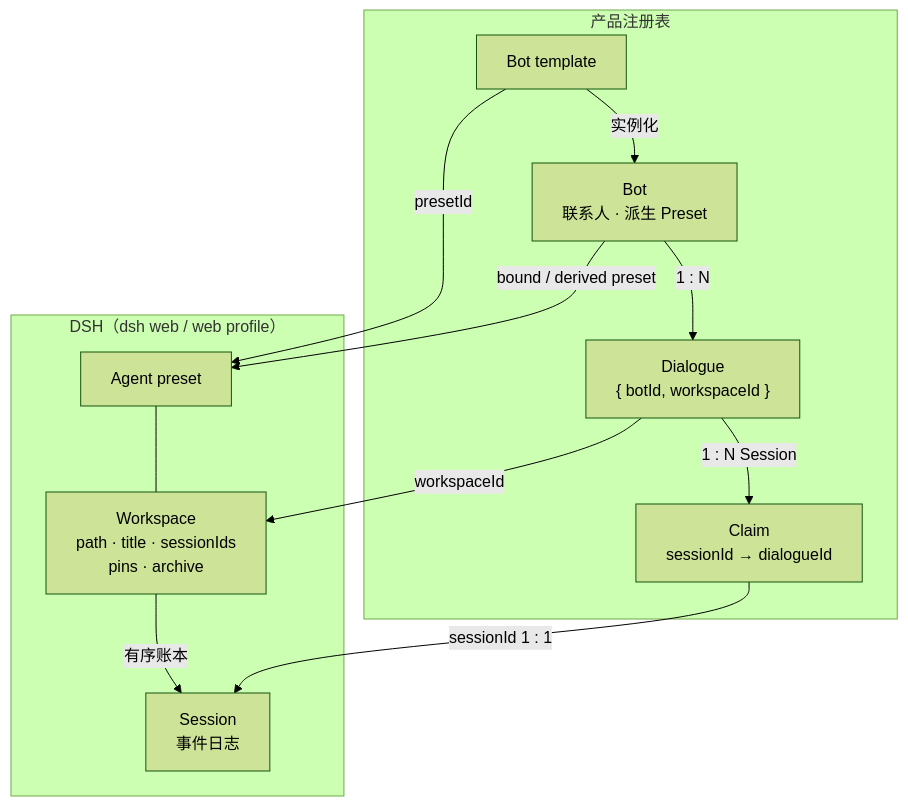
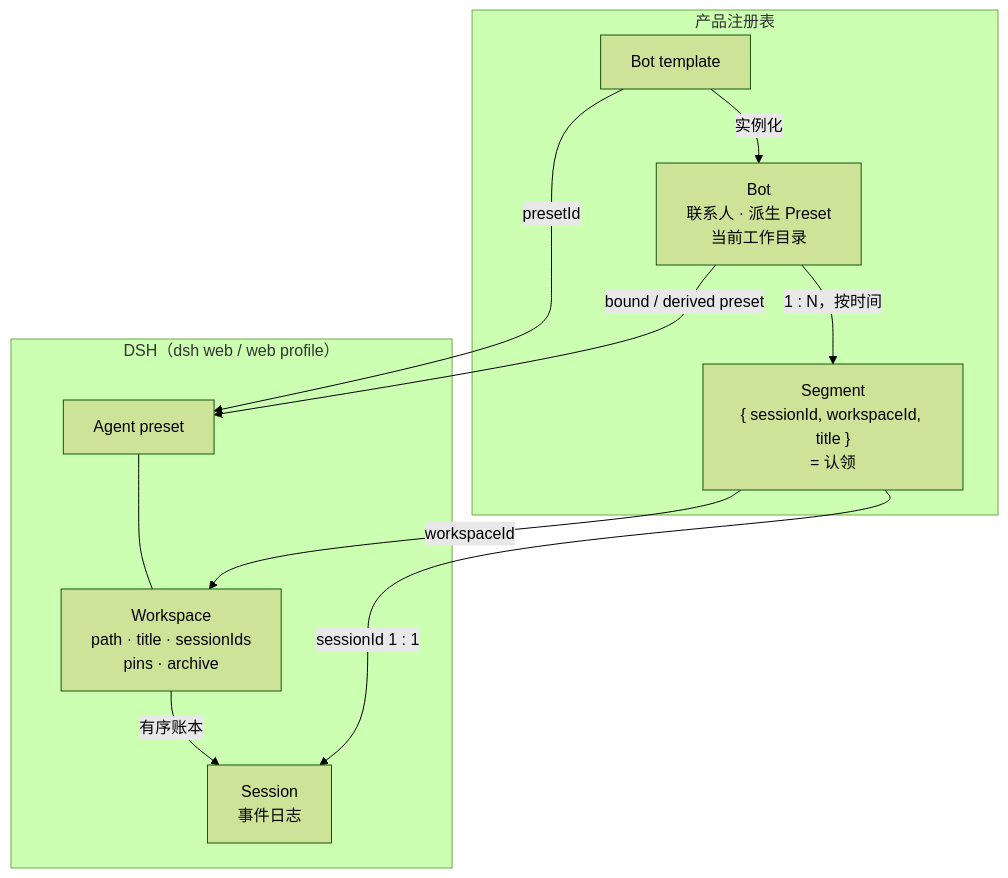
The first of 6 diagrams in docs/BOT_SESSION_MAP.md (aningdev/MyAid), drawn with Mermaid (forest theme) before and after one commit. The commit also changed other lines of this file and 58 other files, not shown here.

````diff
--- a/docs/BOT_SESSION_MAP.md
+++ b/docs/BOT_SESSION_MAP.md
@@ -9,25 +9,23 @@
 ```mermaid
 flowchart TB
   subgraph product["产品注册表"]
     T["Bot template"]
-    B["Bot<br/>联系人 · 派生 Preset"]
-    D["Dialogue<br/>{ botId, workspaceId }"]
-    C["Claim<br/>sessionId → dialogueId"]
+    B["Bot<br/>联系人 · 派生 Preset<br/>当前工作目录"]
+    Sg["Segment<br/>{ sessionId, workspaceId, title }<br/>= 认领"]
     T -->|"实例化"| B
-    B -->|"1 : N"| D
-    D -->|"1 : N Session"| C
+    B -->|"1 : N，按时间"| Sg
   end
 
   subgraph dsh["DSH（dsh web / web profile）"]
     P["Agent preset"]
     W["Workspace<br/>path · title · sessionIds<br/>pins · archive"]
     S["Session<br/>事件日志"]
     P --- W
     W -->|"有序账本"| S
   end
 
   T -->|"presetId"| P
   B -->|"bound / derived preset"| P
-  D -->|"workspaceId"| W
-  C -->|"sessionId 1 : 1"| S
+  Sg -->|"workspaceId"| W
+  Sg -->|"sessionId 1 : 1"| S
 ```
````
